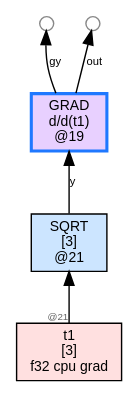
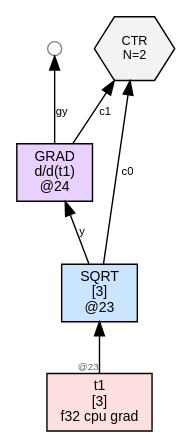
One commit to sw1sh/TinyHVM changed the diagram in wl/examples/thvm_graphs/grad_rules/sqrt/thvm_0_pre_reduce.dot. Above: the diagram before and after it, drawn with Graphviz. The commit also changed 309 other files, not shown here.

First line of the commit message:
grad: CTR at step 0; no external DUP; Leibniz visible in step 1

```diff
--- a/wl/examples/thvm_graphs/grad_rules/sqrt/thvm_0_pre_reduce.dot
+++ b/wl/examples/thvm_graphs/grad_rules/sqrt/thvm_0_pre_reduce.dot
@@ -1,15 +1,16 @@
 digraph G {
   rankdir=BT;
   node [fontname="Helvetica", fontsize=10, style=filled, shape=box, margin="0.1,0.05"];
   edge [fontsize=8, fontname="Helvetica"];
 
-  n21 [label="SQRT\n[3]\n@21", shape=box, fillcolor="#cce5ff"];
+  n23 [label="SQRT\n[3]\n@23", shape=box, fillcolor="#cce5ff"];
   t1 [label="t1\n[3]\nf32 cpu grad",shape=box,fillcolor="#ffe0e0"];
-  t1 -> n21 [label="",taillabel="@21",labelfontsize=7,fontcolor="#666666"];
-  n19 [label="GRAD\nd/d(t1)\n@19", shape=box, fillcolor="#e8d0ff",color="#1f78ff",penwidth=2.2];
-  n21 -> n19 [label="y"];
-  free19_1 [label="",shape=circle,width=0.14,height=0.14,fixedsize=true,fillcolor="#ffffff",color="#888888",fontsize=1];
-  n19 -> free19_1 [label="gy"];
-  free19_1000 [label="",shape=circle,width=0.14,height=0.14,fixedsize=true,fillcolor="#ffffff",color="#888888",fontsize=1];
-  n19 -> free19_1000 [label="out"];
+  t1 -> n23 [label="",taillabel="@23",labelfontsize=7,fontcolor="#666666"];
+  n24 [label="GRAD\nd/d(t1)\n@24", shape=box, fillcolor="#e8d0ff"];
+  n23 -> n24 [label="y"];
+  free24_1 [label="",shape=circle,width=0.14,height=0.14,fixedsize=true,fillcolor="#ffffff",color="#888888",fontsize=1];
+  n24 -> free24_1 [label="gy"];
+  ctr21 [label="CTR\nN=2", shape=hexagon, fillcolor="#f3f3f3", fontsize=9];
+  n23 -> ctr21 [label="c0"];
+  n24 -> ctr21 [label="c1"];
 }
```
